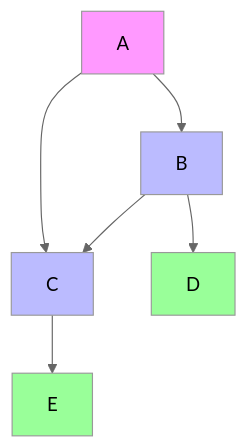
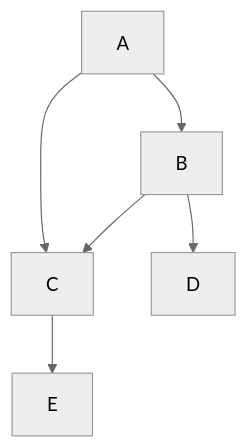
Before and after one commit to Afzal14786/DSA-Prep: the first of 11 diagrams in Graph/README.md, drawn with Mermaid (neutral theme). The commit also changed other lines of this file, not shown here.

Commit message:
update graph readme.md file

````diff
--- a/Graph/README.md
+++ b/Graph/README.md
@@ -17,14 +17,8 @@
 ```mermaid
 graph TD
     A --> B
     A --> C
     B --> D
     C --> E
     B --> C
-    
-    style A fill:#f9f
-    style B fill:#bbf
-    style C fill:#bbf
-    style D fill:#9f9
-    style E fill:#9f9
 ```  
````
